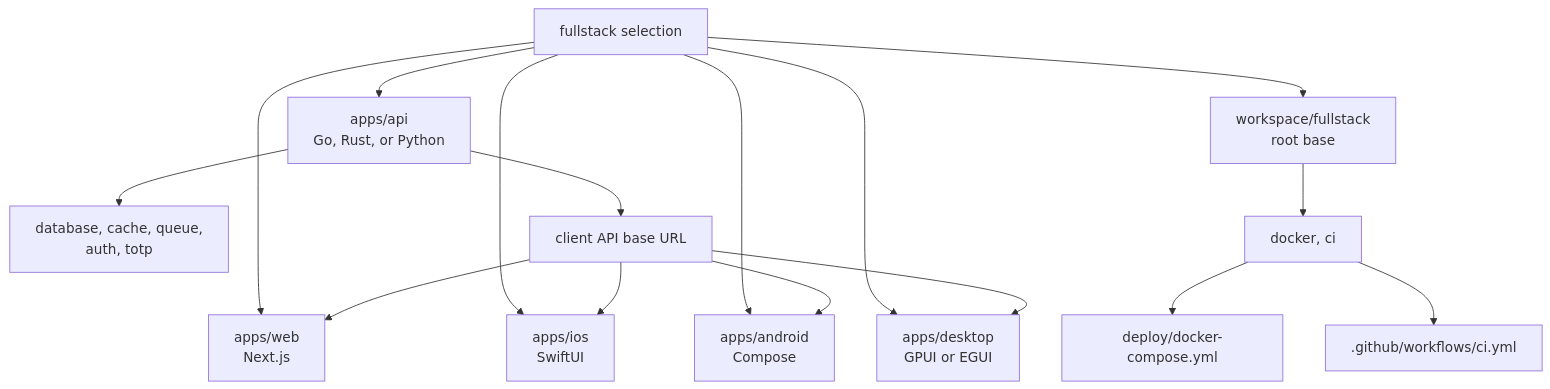
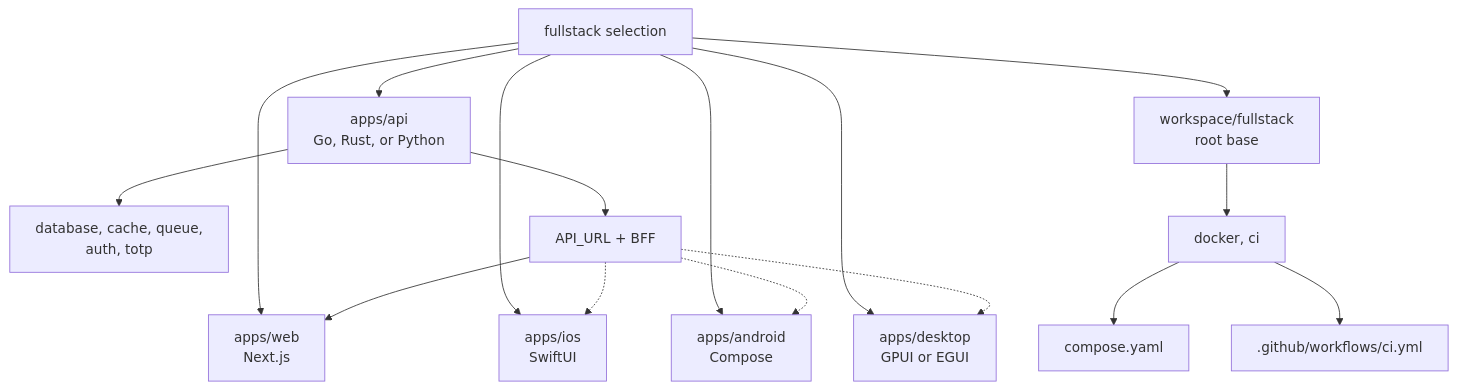
The seventh of 10 diagrams in docs/architecture.md (BoatengPeter/smokeforge), drawn with Mermaid before and after one commit. The commit also changed other lines of this file and 19 other files, not shown here.

````diff
--- a/docs/architecture.md
+++ b/docs/architecture.md
@@ -232,19 +232,19 @@
 ```mermaid
 flowchart TD
     wizard["fullstack selection"] --> api["apps/api\nGo, Rust, or Python"]
     wizard --> web["apps/web\nNext.js"]
     wizard --> ios["apps/ios\nSwiftUI"]
     wizard --> android["apps/android\nCompose"]
     wizard --> desktop["apps/desktop\nGPUI or EGUI"]
     wizard --> root["workspace/fullstack\nroot base"]
 
     api --> apiFeatures["database, cache, queue,\nauth, totp"]
     root --> repoFeatures["docker, ci"]
-    repoFeatures --> compose["deploy/docker-compose.yml"]
+    repoFeatures --> compose["compose.yaml"]
     repoFeatures --> workflows[".github/workflows/ci.yml"]
-    api --> wiring["client API base URL"]
+    api --> wiring["API_URL + BFF"]
     wiring --> web
-    wiring --> ios
-    wiring --> android
-    wiring --> desktop
+    wiring -.-> ios
+    wiring -.-> android
+    wiring -.-> desktop
 ```
````
